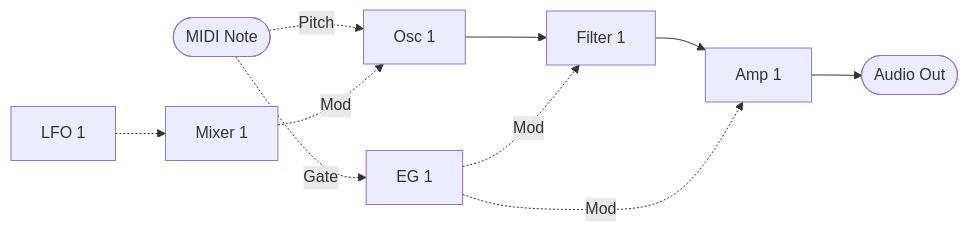
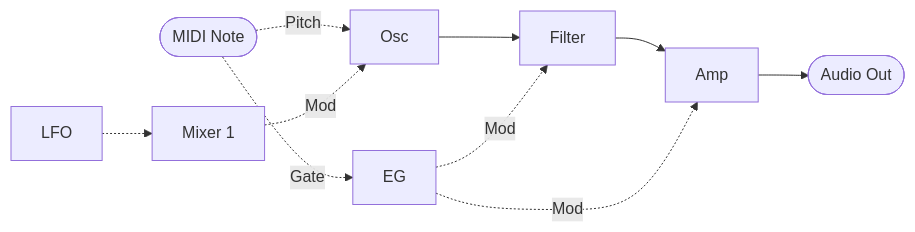
One commit to risgk/midi_synthesizer_spms1 changed the first of 2 diagrams in spms1_type0/README.ja.md. Above: the diagram before and after it, drawn with Mermaid. The commit also changed other lines of this file and 4 other files, not shown here.

````diff
--- a/spms1_type0/README.ja.md
+++ b/spms1_type0/README.ja.md
@@ -92,22 +92,22 @@
 ```mermaid
 flowchart LR
   NOTE([MIDI Note])
-  EG1[EG 1]
-  LFO1[LFO 1]
+  LFO[LFO]
   MIX1[Mixer 1]
-  OSC1[Osc 1]
-  FILTER1[Filter 1]
-  AMP1[Amp 1]
+  EG[EG]
+  OSC[Osc]
+  FILTER[Filter]
+  AMP[Amp]
   OUT([Audio Out])
 
-  OSC1 --> FILTER1
-  FILTER1 --> AMP1
-  AMP1 --> OUT
+  OSC --> FILTER
+  FILTER --> AMP
+  AMP --> OUT
 
-  NOTE -. Gate .-> EG1
-  NOTE -. Pitch .-> OSC1
-  LFO1 -.-> MIX1
-  MIX1 -. Mod .-> OSC1
-  EG1 -. Mod .-> FILTER1
-  EG1 -. Mod .-> AMP1
+  NOTE -. Gate .-> EG
+  NOTE -. Pitch .-> OSC
+  LFO -.-> MIX1
+  MIX1 -. Mod .-> OSC
+  EG -. Mod .-> FILTER
+  EG -. Mod .-> AMP
 ```
````
